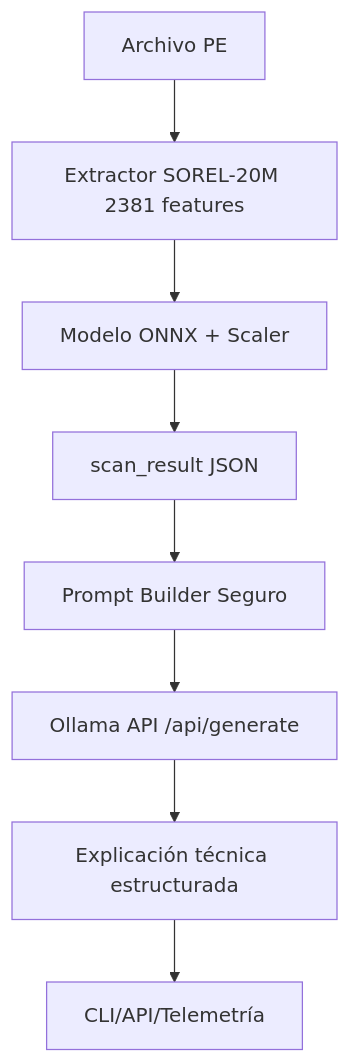
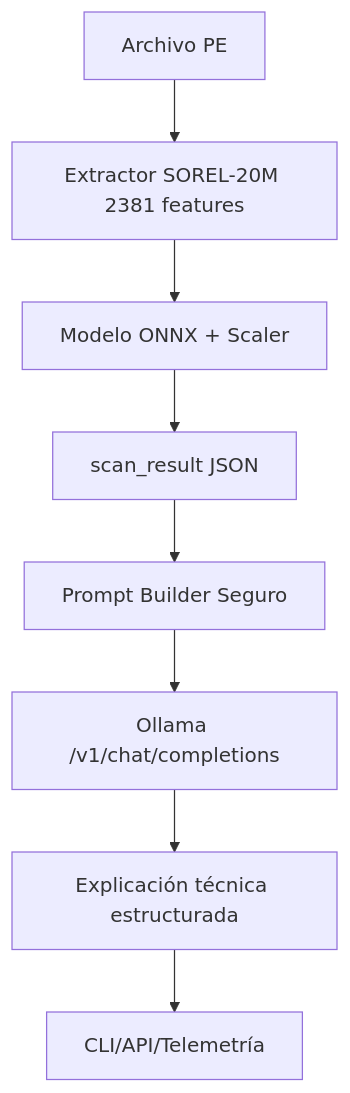
One commit to IVAINX18/Shadownet_Defender_Extractor_V1 changed the third of 3 diagrams in readme.md. Above: the diagram before and after it, drawn with Mermaid. The commit also changed other lines of this file and 11 other files, not shown here.

````diff
--- a/readme.md
+++ b/readme.md
@@ -892,10 +897,10 @@
 ```mermaid
 flowchart TD
   A[Archivo PE] --> B[Extractor SOREL-20M 2381 features]
   B --> C[Modelo ONNX + Scaler]
   C --> D[scan_result JSON]
   D --> E[Prompt Builder Seguro]
-  E --> F[Ollama API /api/generate]
+  E --> F[Ollama /v1/chat/completions]
   F --> G[Explicación técnica estructurada]
   G --> H[CLI/API/Telemetría]
 ```
````
